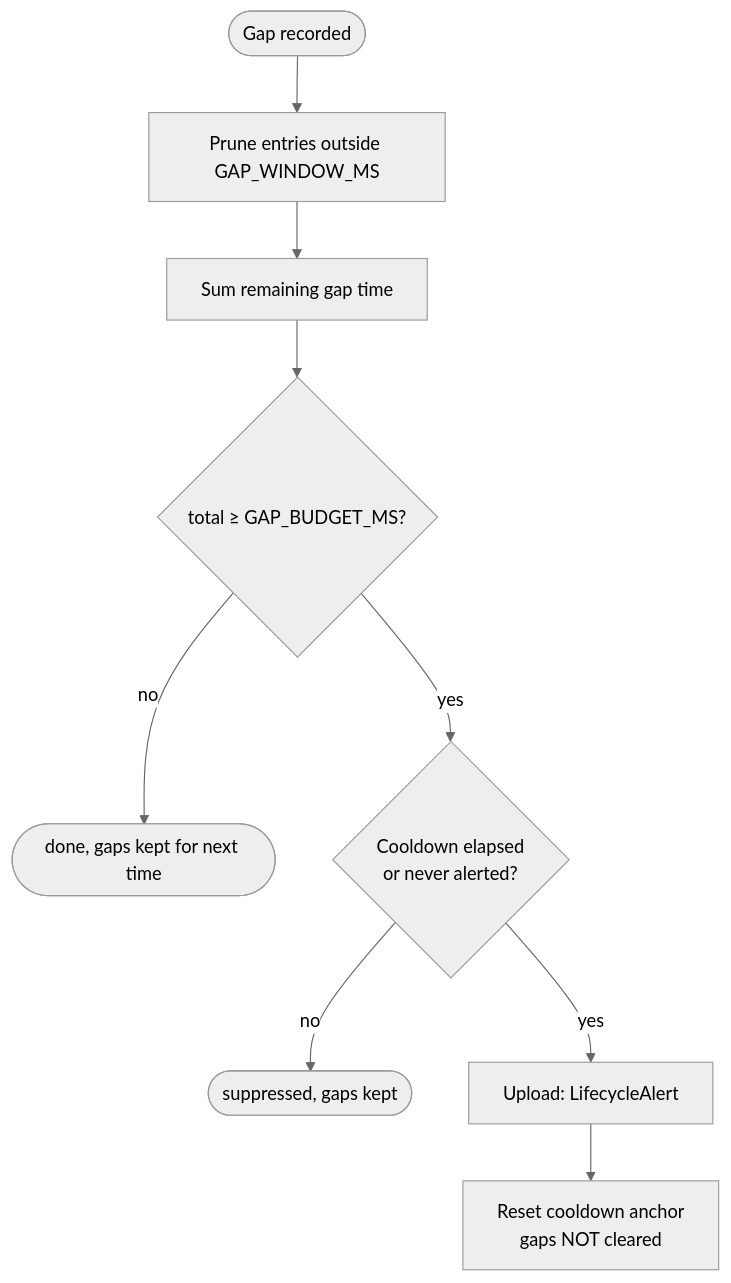
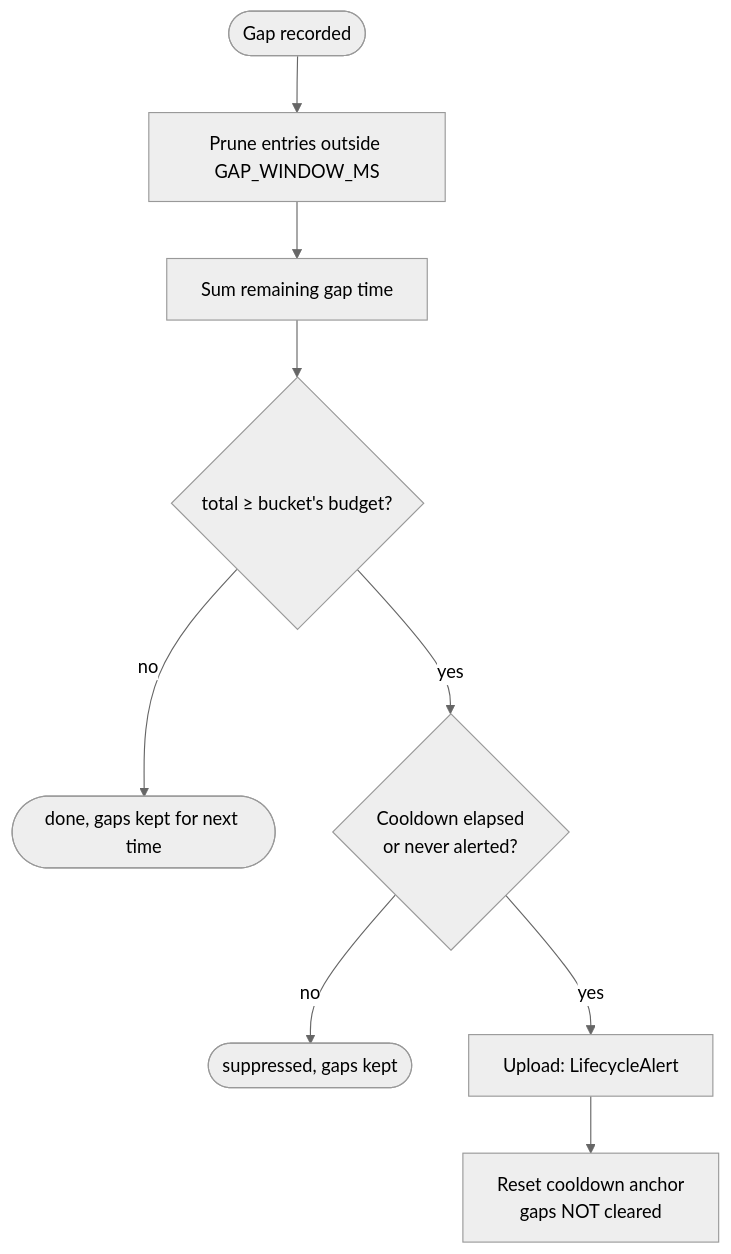
One commit to virtue-initiative/virtue-initiative changed the third of 3 diagrams in landing/src/content/help/developer/lifecycle.md. Above: the diagram before and after it, drawn with Mermaid (neutral theme). The commit also changed other lines of this file and 4 other files, not shown here.

````diff
--- a/landing/src/content/help/developer/lifecycle.md
+++ b/landing/src/content/help/developer/lifecycle.md
@@ -120,11 +122,11 @@
 ```mermaid
 flowchart TD
     G([Gap recorded]) --> Prune[Prune entries outside GAP_WINDOW_MS]
     Prune --> Sum[Sum remaining gap time]
-    Sum --> Budget{total ≥ GAP_BUDGET_MS?}
+    Sum --> Budget{total ≥ bucket's budget?}
     Budget -->|no| Done1([done, gaps kept for next time])
     Budget -->|yes| Cooldown{Cooldown elapsed\nor never alerted?}
     Cooldown -->|no| Done2([suppressed, gaps kept])
     Cooldown -->|yes| Alert[Upload: LifecycleAlert]
     Alert --> Reset[Reset cooldown anchor\ngaps NOT cleared]
 ```
````
